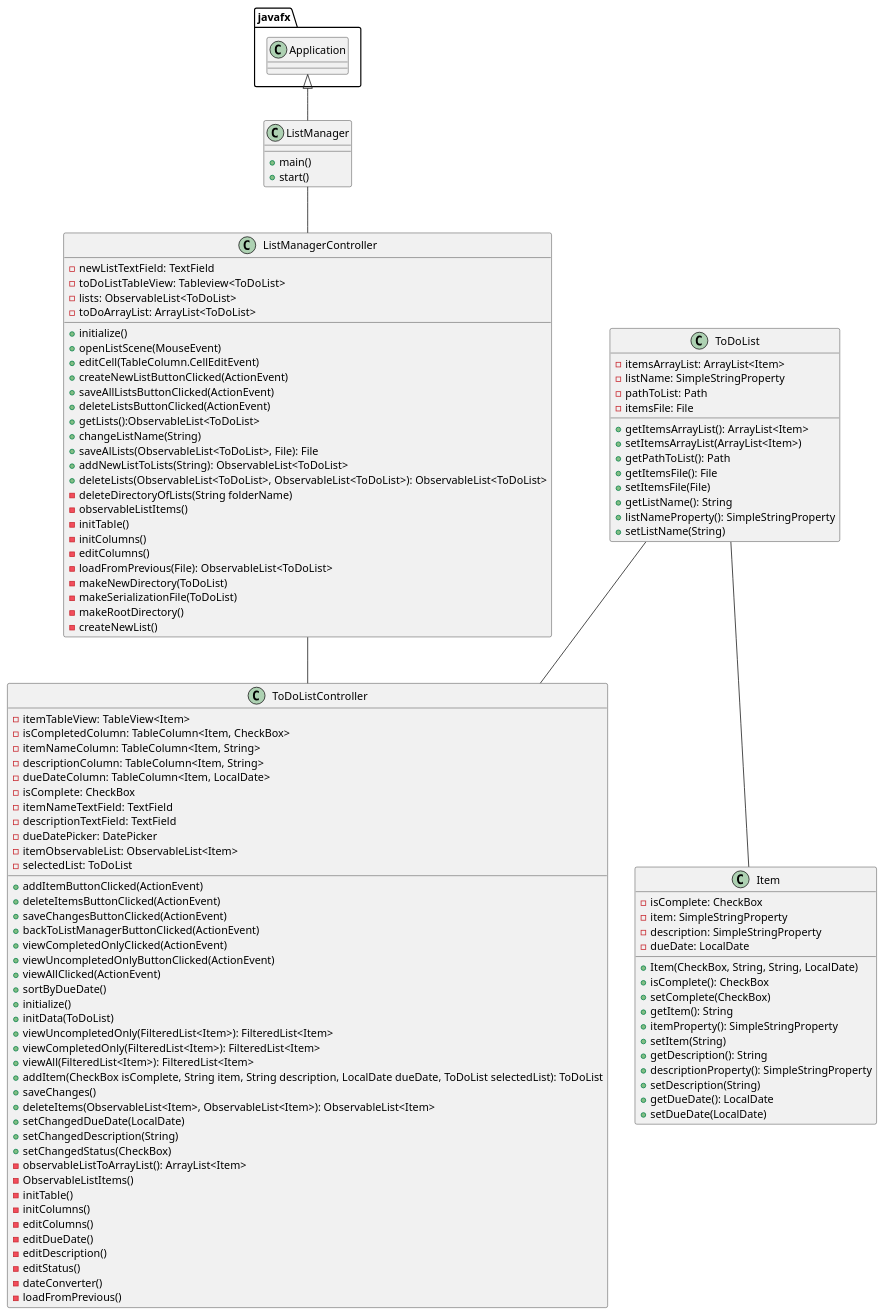
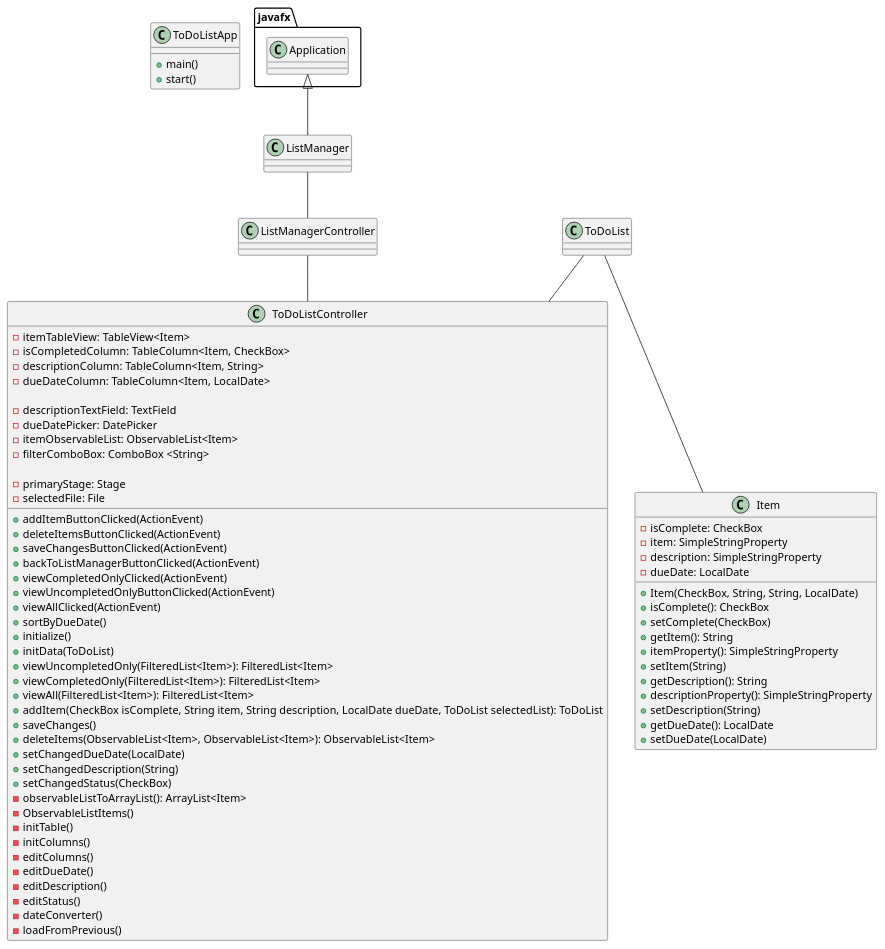
The diagram in uml/ListManager.puml (ivy-nguyen18/nguyen-cop3330-assignment4part2), drawn with PlantUML before and after one commit. The commit also changed 6 other files, not shown here.

```diff
--- a/uml/ListManager.puml
+++ b/uml/ListManager.puml
@@ -1,125 +1,80 @@
 @startuml
 'https://plantuml.com/class-diagram
 
-class ListManager{
+class ToDoListApp{
     + main()
     + start()
-}
-
-class ListManagerController{
-    - newListTextField: TextField
-    - toDoListTableView: Tableview<ToDoList>
-    - lists: ObservableList<ToDoList>
-    - toDoArrayList: ArrayList<ToDoList>
-
-    + initialize()
-    + openListScene(MouseEvent)
-    + editCell(TableColumn.CellEditEvent)
-    + createNewListButtonClicked(ActionEvent)
-    + saveAllListsButtonClicked(ActionEvent)
-    + deleteListsButtonClicked(ActionEvent)
-    + getLists():ObservableList<ToDoList>
-    + changeListName(String)
-    + saveAlLists(ObservableList<ToDoList>, File): File
-    + addNewListToLists(String): ObservableList<ToDoList>
-    + deleteLists(ObservableList<ToDoList>, ObservableList<ToDoList>): ObservableList<ToDoList>
-    - deleteDirectoryOfLists(String folderName)
-    - observableListItems()
-    - initTable()
-    - initColumns()
-    - editColumns()
-    - loadFromPrevious(File): ObservableList<ToDoList>
-    - makeNewDirectory(ToDoList)
-    - makeSerializationFile(ToDoList)
-    - makeRootDirectory()
-    - createNewList()
-
-}
-
-class ToDoList{
-    - itemsArrayList: ArrayList<Item>
-    - listName: SimpleStringProperty
-    - pathToList: Path
-    - itemsFile: File
-
-    + getItemsArrayList(): ArrayList<Item>
-    + setItemsArrayList(ArrayList<Item>)
-    + getPathToList(): Path
-    + getItemsFile(): File
-    + setItemsFile(File)
-    + getListName(): String
-    + listNameProperty(): SimpleStringProperty
-    + setListName(String)
 }
 
 class ToDoListController{
     - itemTableView: TableView<Item>
     - isCompletedColumn: TableColumn<Item, CheckBox>
-    - itemNameColumn: TableColumn<Item, String>
     - descriptionColumn: TableColumn<Item, String>
     - dueDateColumn: TableColumn<Item, LocalDate>
-    - isComplete: CheckBox
-    - itemNameTextField: TextField
+
     - descriptionTextField: TextField
     - dueDatePicker: DatePicker
     - itemObservableList: ObservableList<Item>
-    - selectedList: ToDoList
+    - filterComboBox: ComboBox <String>
+
+    - primaryStage: Stage
+    - selectedFile: File
 
     + addItemButtonClicked(ActionEvent)
     + deleteItemsButtonClicked(ActionEvent)
     + saveChangesButtonClicked(ActionEvent)
     + backToListManagerButtonClicked(ActionEvent)
     + viewCompletedOnlyClicked(ActionEvent)
     + viewUncompletedOnlyButtonClicked(ActionEvent)
     + viewAllClicked(ActionEvent)
     + sortByDueDate()
     + initialize()
     + initData(ToDoList)
     + viewUncompletedOnly(FilteredList<Item>): FilteredList<Item>
     + viewCompletedOnly(FilteredList<Item>): FilteredList<Item>
     + viewAll(FilteredList<Item>): FilteredList<Item>
     + addItem(CheckBox isComplete, String item, String description, LocalDate dueDate, ToDoList selectedList): ToDoList
     + saveChanges()
     + deleteItems(ObservableList<Item>, ObservableList<Item>): ObservableList<Item>
     + setChangedDueDate(LocalDate)
     + setChangedDescription(String)
     + setChangedStatus(CheckBox)
     - observableListToArrayList(): ArrayList<Item>
     - ObservableListItems()
     - initTable()
     - initColumns()
     - editColumns()
     - editDueDate()
     - editDescription()
     - editStatus()
     - dateConverter()
     - loadFromPrevious()
 
 }
 
 class Item{
     - isComplete: CheckBox
     - item: SimpleStringProperty
     - description: SimpleStringProperty
     - dueDate: LocalDate
 
     + Item(CheckBox, String, String, LocalDate)
     + isComplete(): CheckBox
     + setComplete(CheckBox)
     + getItem(): String
     + itemProperty(): SimpleStringProperty
     + setItem(String)
     + getDescription(): String
     + descriptionProperty(): SimpleStringProperty
     + setDescription(String)
     + getDueDate(): LocalDate
     + setDueDate(LocalDate)
 }
 
 javafx.Application <|-- ListManager
 ListManager -- ListManagerController
 ListManagerController -- ToDoListController
 ToDoList -- ToDoListController
 ToDoList -- Item
 
 @enduml
```
